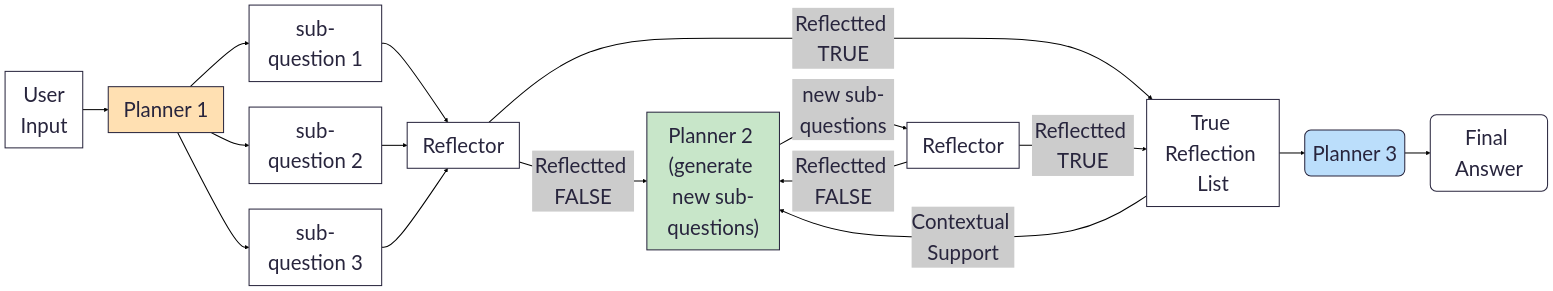
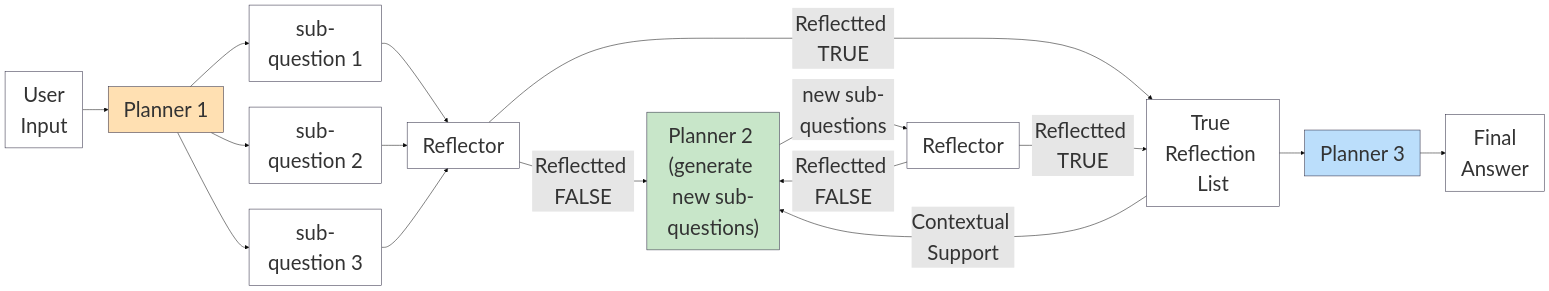
Before and after one commit to RustDesert/MARRAG: the second of 2 diagrams in mermaid/mermaid_workflow_diagram.md, drawn with Mermaid. The commit also changed other lines of this file, not shown here.

Commit message:
update mermaid graphs

````diff
--- a/mermaid/mermaid_workflow_diagram.md
+++ b/mermaid/mermaid_workflow_diagram.md
@@ -29,26 +31,30 @@
 ```mermaid
 ---
 config:
+  theme: base
   themeVariables:
     fontSize: 40px
-  theme: redux
+    primaryColor: '#fff'
+    secondaryColor: '#e6e6e6'
+    primaryBorderColor: '#28253D'
+    secondaryBorderColor: '#000000'
 ---
 flowchart LR
     A["User<br>Input"] --> B["Planner 1"]
     B --> C["sub-question 1"] & D["sub-question 2"] & E["sub-question 3"]
     C --> G["Reflector"]
     D --> G
     E --> G
     G -- Reflectted FALSE --> H["Planner 2 (generate new sub-questions)"]
     G -- Reflectted TRUE --> I["True Reflection List"]
     H -- "new sub-questions" --> J["Reflector"]
     J -- Reflectted TRUE --> I
     I -- Contextual Support --> H
     J -- Reflectted FALSE --> H
-    I --> K("Planner 3")
-    K --> L("Final Answer")
+    I --> K["Planner 3"]
+    K --> L["Final</br>Answer"]
 
     style B fill:#FFE0B2
     style H fill:#C8E6C9
     style K fill:#BBDEFB
 ```
````
